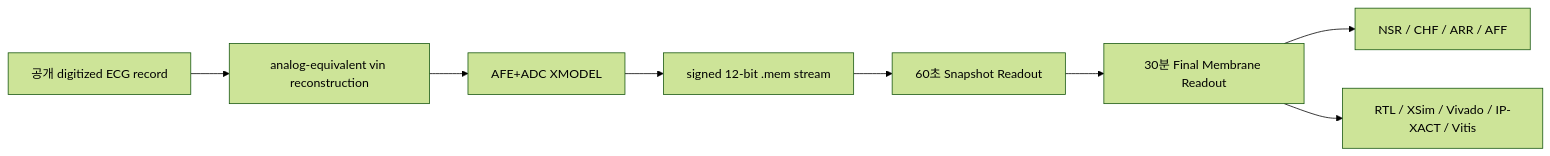
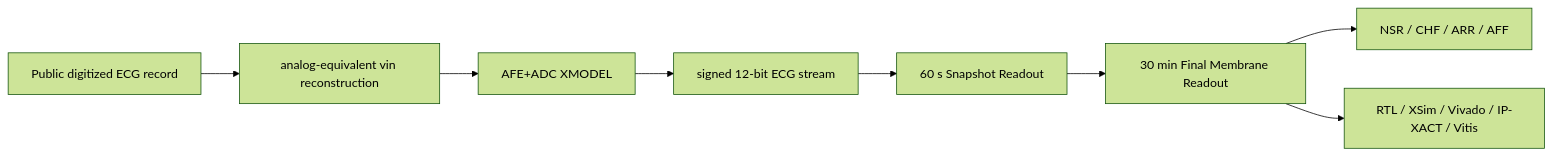
The diagram in FINAL_REPORT_KR.md (Sheep-gun/ECG-SoC-Integrated), drawn with Mermaid (forest theme) before and after one commit. The commit also changed other lines of this file and 19 other files, not shown here.

````diff
--- a/FINAL_REPORT_KR.md
+++ b/FINAL_REPORT_KR.md
@@ -19,10 +25,10 @@
 ```mermaid
 flowchart LR
-    A["공개 digitized ECG record"] --> B["analog-equivalent vin reconstruction"]
+    A["Public digitized ECG record"] --> B["analog-equivalent vin reconstruction"]
     B --> C["AFE+ADC XMODEL"]
-    C --> D["signed 12-bit .mem stream"]
-    D --> E["60초 Snapshot Readout"]
-    E --> F["30분 Final Membrane Readout"]
+    C --> D["signed 12-bit ECG stream"]
+    D --> E["60 s Snapshot Readout"]
+    E --> F["30 min Final Membrane Readout"]
     F --> G["NSR / CHF / ARR / AFF"]
     F --> H["RTL / XSim / Vivado / IP-XACT / Vitis"]
 ```
````
